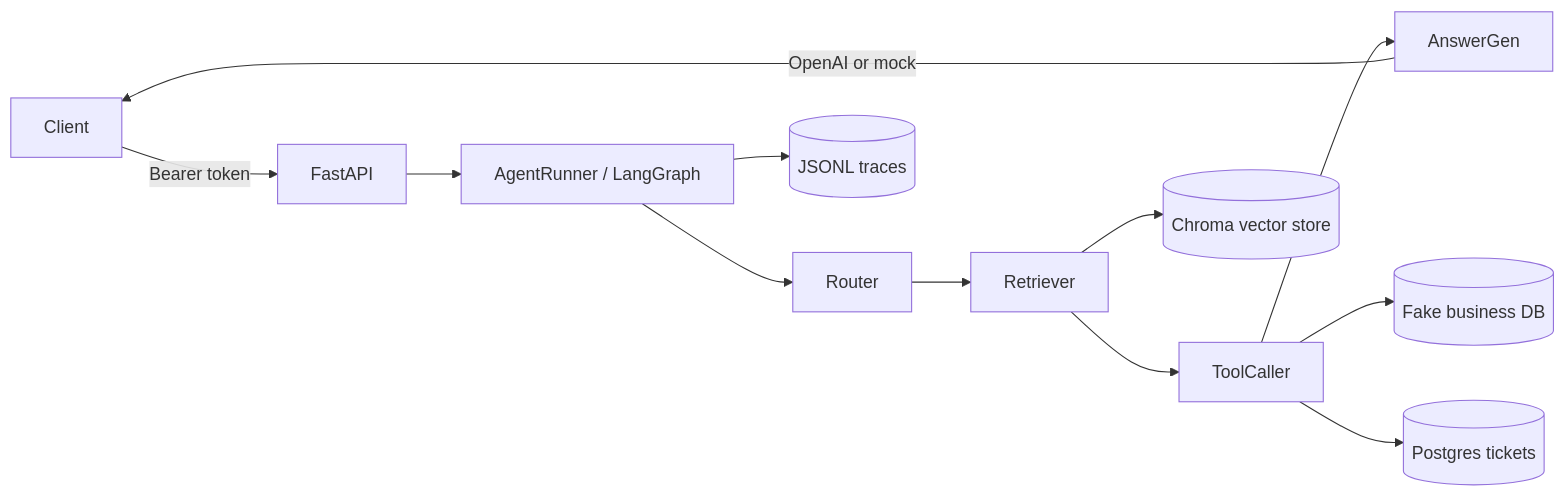
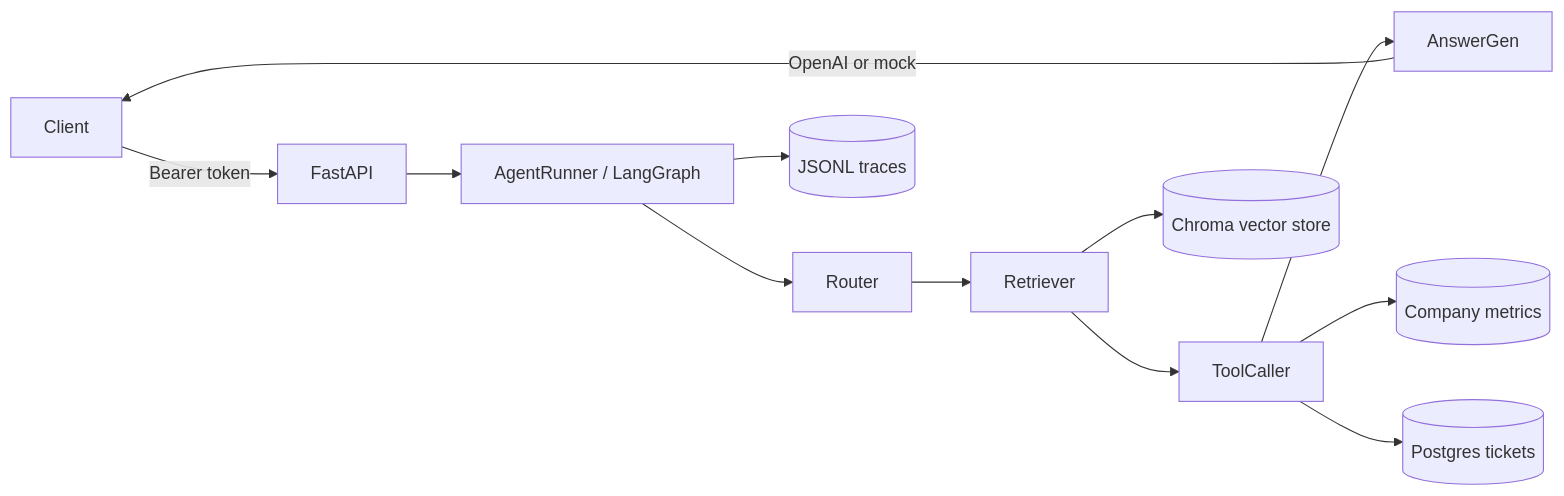
The diagram in backend/docs/SYSTEM_DESIGN.md (thongkhoav/enterprise-ai-assistant), drawn with Mermaid before and after one commit. The commit also changed other lines of this file and 24 other files, not shown here.

````diff
--- a/backend/docs/SYSTEM_DESIGN.md
+++ b/backend/docs/SYSTEM_DESIGN.md
@@ -10,11 +10,11 @@
 ```mermaid
 flowchart LR
     Client -->|Bearer token| API[FastAPI]
     API --> Runner[AgentRunner / LangGraph]
     Runner --> Router --> Retriever --> ToolCaller --> AnswerGen
     Retriever --> VS[(Chroma vector store)]
-    ToolCaller --> FakeDB[(Fake business DB)]
+    ToolCaller --> Metrics[(Company metrics)]
     ToolCaller --> Tickets[(Postgres tickets)]
     AnswerGen -->|OpenAI or mock| Client
     Runner --> Trace[(JSONL traces)]
 ```
````
